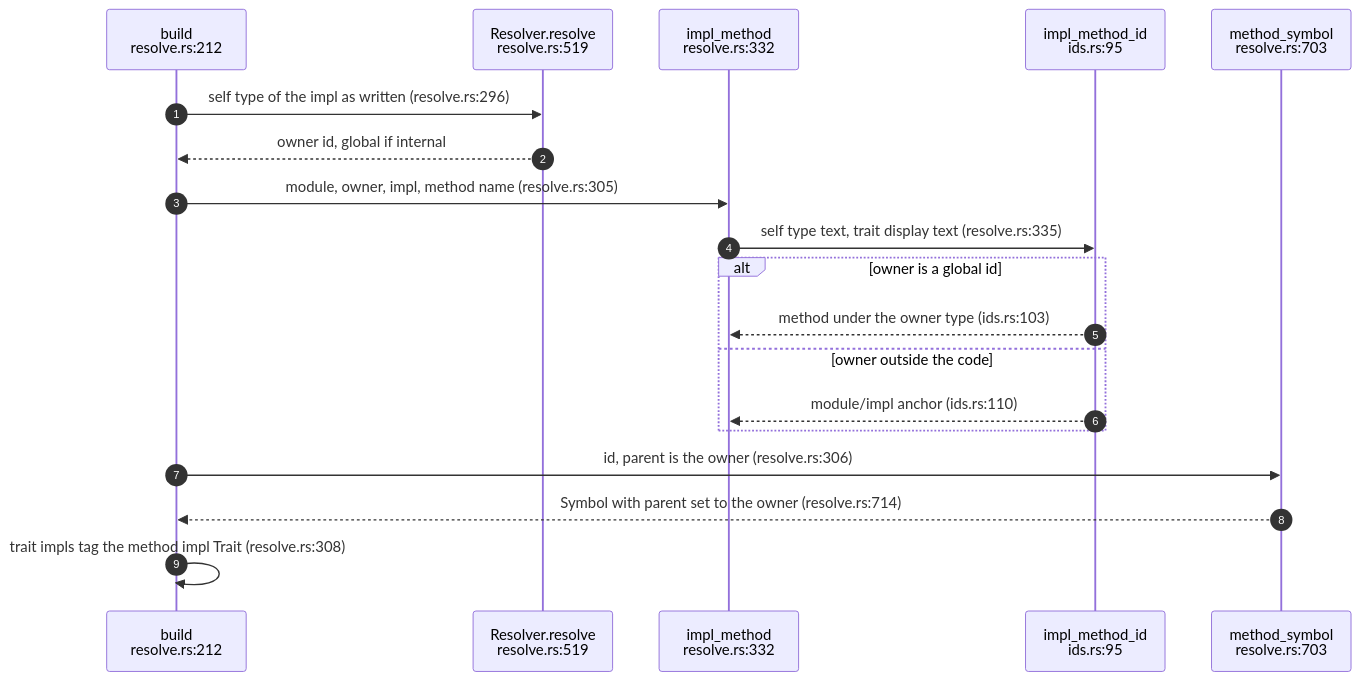
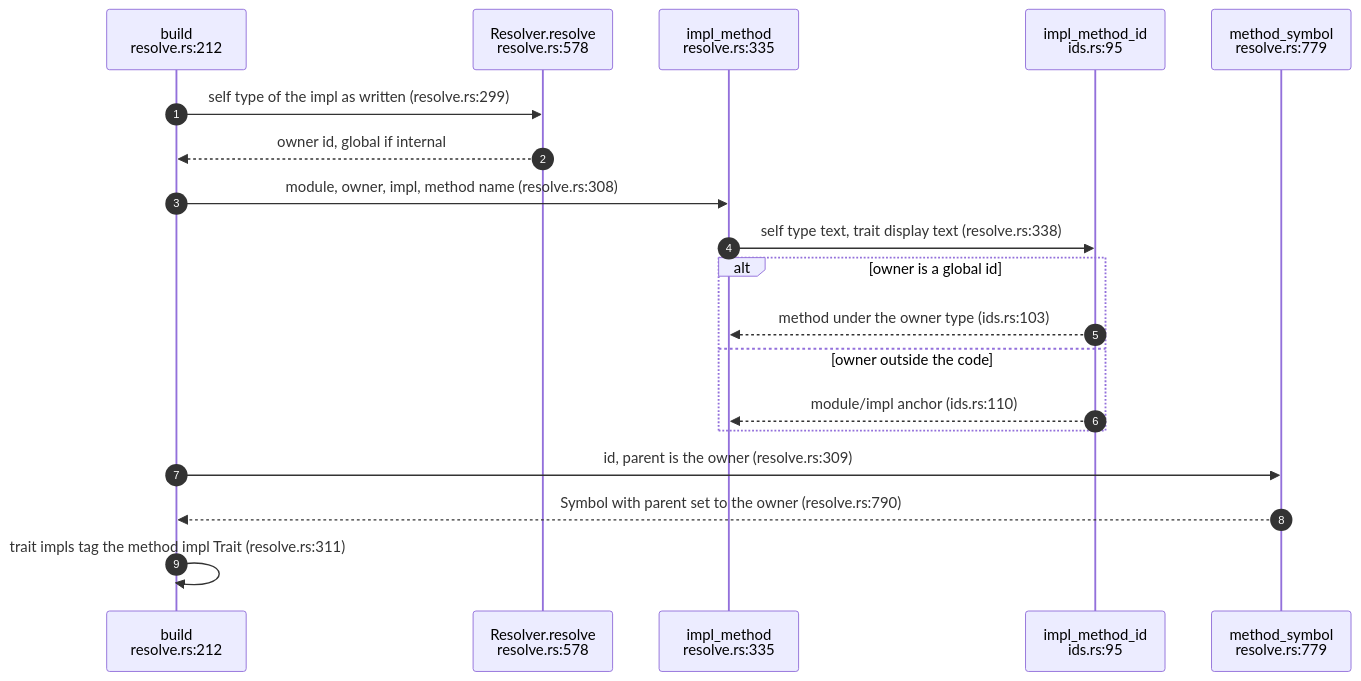
One commit to DreamLab-AI/codemaid changed the third of 5 diagrams in docs/diagrams/extract/02-minting-ids-for-definitions.md. Above: the diagram before and after it, drawn with Mermaid. The commit also changed other lines of this file and 8 other files, not shown here.

First line of the commit message:
docs(diagrams): restamp the extract topics to fec7aff; record the generics fix

````diff
--- a/docs/diagrams/extract/02-minting-ids-for-definitions.md
+++ b/docs/diagrams/extract/02-minting-ids-for-definitions.md
@@ -124,21 +124,21 @@
 ```mermaid
 sequenceDiagram
     autonumber
     participant BU as build<br/>resolve.rs:212
-    participant RS as Resolver.resolve<br/>resolve.rs:519
-    participant IM as impl_method<br/>resolve.rs:332
+    participant RS as Resolver.resolve<br/>resolve.rs:578
+    participant IM as impl_method<br/>resolve.rs:335
     participant ID as impl_method_id<br/>ids.rs:95
-    participant MS as method_symbol<br/>resolve.rs:703
-    BU->>RS: self type of the impl as written (resolve.rs:296)
+    participant MS as method_symbol<br/>resolve.rs:779
+    BU->>RS: self type of the impl as written (resolve.rs:299)
     RS-->>BU: owner id, global if internal
-    BU->>IM: module, owner, impl, method name (resolve.rs:305)
-    IM->>ID: self type text, trait display text (resolve.rs:335)
+    BU->>IM: module, owner, impl, method name (resolve.rs:308)
+    IM->>ID: self type text, trait display text (resolve.rs:338)
     alt owner is a global id
         ID-->>IM: method under the owner type (ids.rs:103)
     else owner outside the code
         ID-->>IM: module/impl anchor (ids.rs:110)
     end
-    BU->>MS: id, parent is the owner (resolve.rs:306)
-    MS-->>BU: Symbol with parent set to the owner (resolve.rs:714)
-    BU->>BU: trait impls tag the method impl Trait (resolve.rs:308)
+    BU->>MS: id, parent is the owner (resolve.rs:309)
+    MS-->>BU: Symbol with parent set to the owner (resolve.rs:790)
+    BU->>BU: trait impls tag the method impl Trait (resolve.rs:311)
 ```
````
